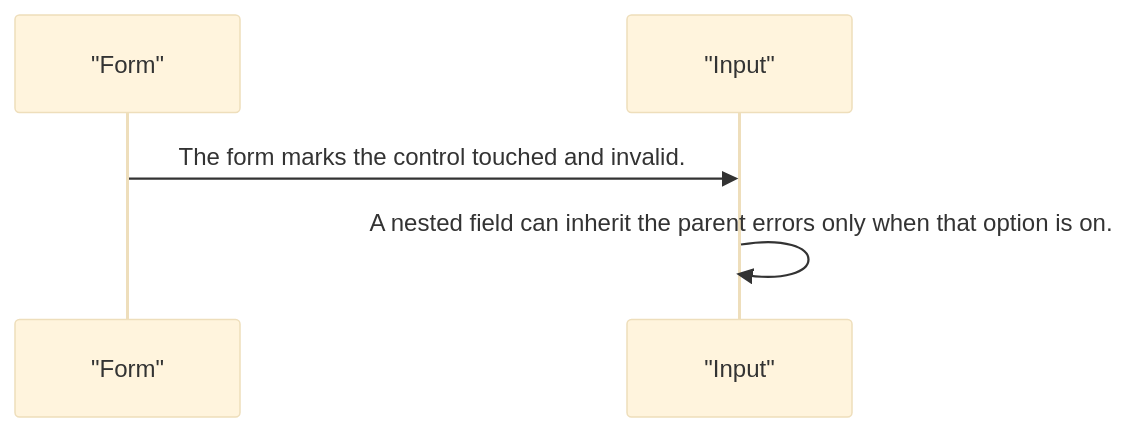
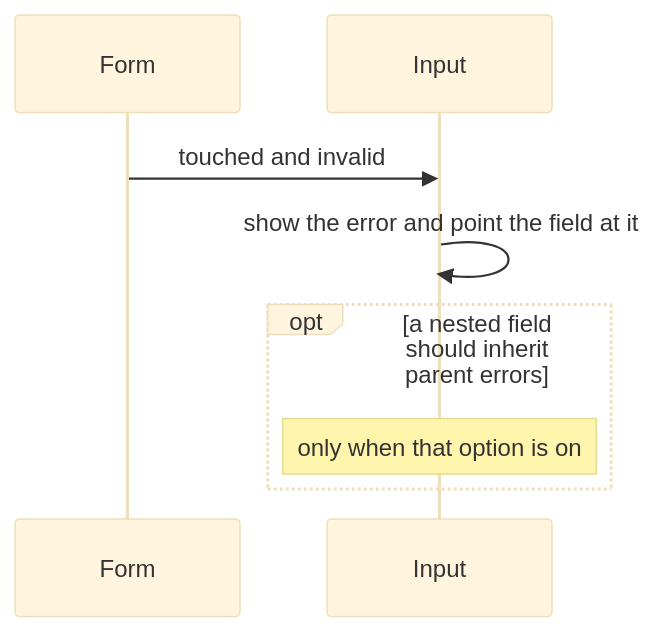
The third of 5 diagrams in projects/pixel-ui/src/lib/pixel-input/DESIGN.md (RajshekharBorate/pixel-ui), drawn with Mermaid (base theme) before and after one commit. The commit also changed other lines of this file and 73 other files, not shown here.

Commit message:
Explain who owns each value and what each flow does in every component and service design.

````diff
--- a/projects/pixel-ui/src/lib/pixel-input/DESIGN.md
+++ b/projects/pixel-ui/src/lib/pixel-input/DESIGN.md
@@ -75,7 +91,10 @@
 ```mermaid
 sequenceDiagram
-  participant form as "Form"
-  participant input as "Input"
-  form->>input: The form marks the control touched and invalid.
-  input->>input: A nested field can inherit the parent errors only when that option is on.
+  participant Form
+  participant Input
+  Form->>Input: touched and invalid
+  Input->>Input: show the error and point the field at it
+  opt a nested field should inherit parent errors
+    Note over Input: only when that option is on
+  end
 ```
````
